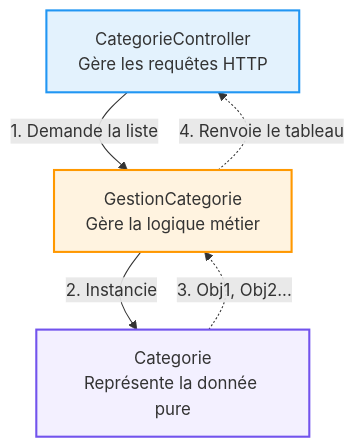
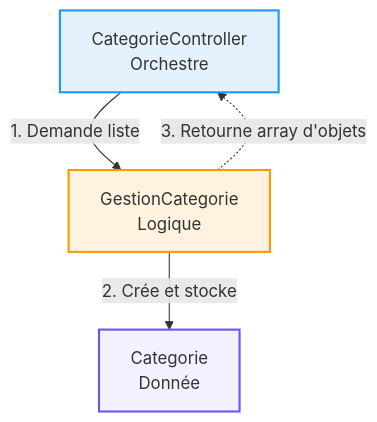
The diagram in _tutos/D.221.1-poo/T.221.121/faire-collaborer-plusieurs-objets.normal.md (solicode-web-mobile/autoformations-structurer), drawn with Mermaid before and after one commit. The commit also changed other lines of this file and 13 other files, not shown here.

````diff
--- a/_tutos/D.221.1-poo/T.221.121/faire-collaborer-plusieurs-objets.normal.md
+++ b/_tutos/D.221.1-poo/T.221.121/faire-collaborer-plusieurs-objets.normal.md
@@ -47,15 +56,14 @@
 ```mermaid
 flowchart TD
-    Controller[CategorieController<br>Gère les requêtes HTTP]
-    Gestion[GestionCategorie<br>Gère la logique métier]
-    Entite[Categorie<br>Représente la donnée pure]
+    Controller[CategorieController<br>Orchestre]
+    Gestion[GestionCategorie<br>Logique]
+    Entite[Categorie<br>Donnée]
 
-    Controller -- "1. Demande la liste" --> Gestion
-    Gestion -- "2. Instancie" --> Entite
-    Entite -. "3. Obj1, Obj2..." .-> Gestion
-    Gestion -. "4. Renvoie le tableau" .-> Controller
+    Controller -- "1. Demande liste" --> Gestion
+    Gestion -- "2. Crée et stocke" --> Entite
+    Gestion -. "3. Retourne array d'objets" .-> Controller
     
     style Controller fill:#e3f2fd,stroke:#2196f3,stroke-width:2px
     style Gestion fill:#fff3e0,stroke:#ff9800,stroke-width:2px
     style Entite fill:#f3f0ff,stroke:#7253ed,stroke-width:2px
 ```
````
